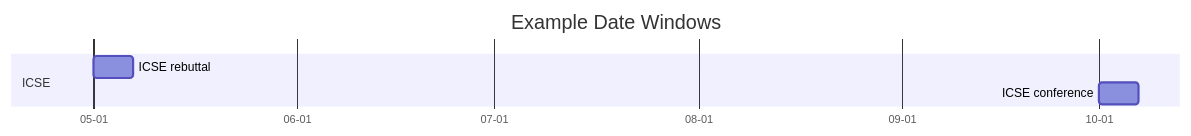
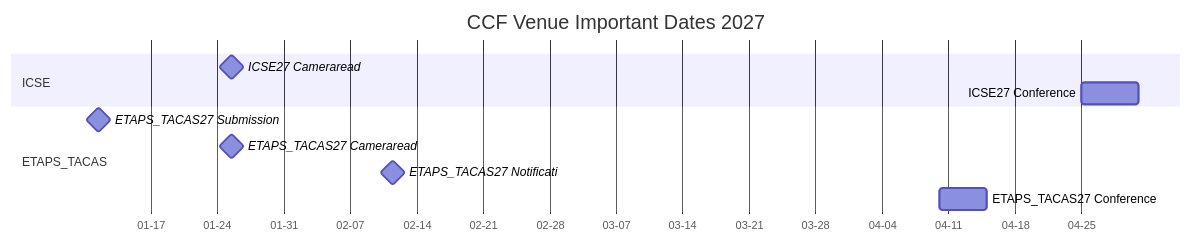
The second of 7 diagrams in ccf_venues/TIMELINE.md (HansBug/research_ideas), drawn with Mermaid before and after one commit. The commit also changed other lines of this file and 30 other files, not shown here.

````diff
--- a/ccf_venues/TIMELINE.md
+++ b/ccf_venues/TIMELINE.md
@@ -253,10 +96,17 @@
 ```mermaid
 gantt
-  title Example Date Windows
+  title CCF Venue Important Dates 2027
   dateFormat YYYY-MM-DD
   axisFormat %m-%d
 
   section ICSE
-  ICSE rebuttal :icse_rebuttal, 2026-05-01, 2026-05-07
-  ICSE conference :icse_conf, 2026-10-01, 2026-10-07
+  ICSE27 Cameraread :milestone, icse2027_1_20270125, 2027-01-25, 1d
+  ICSE27 Conference :icse2027_2_20270425, 2027-04-25, 2027-05-01
+
+  section ETAPS_TACAS
+  ETAPS_TACAS27 Submission :milestone, etaps2027_1_20270111, 2027-01-11, 1d
+  ETAPS_TACAS27 Cameraread :milestone, etaps2027_2_20270125, 2027-01-25, 1d
+  ETAPS_TACAS27 Notificati :milestone, etaps2027_3_20270211, 2027-02-11, 1d
+  ETAPS_TACAS27 Conference :etaps2027_4_20270410, 2027-04-10, 2027-04-15
+
 ```
````
